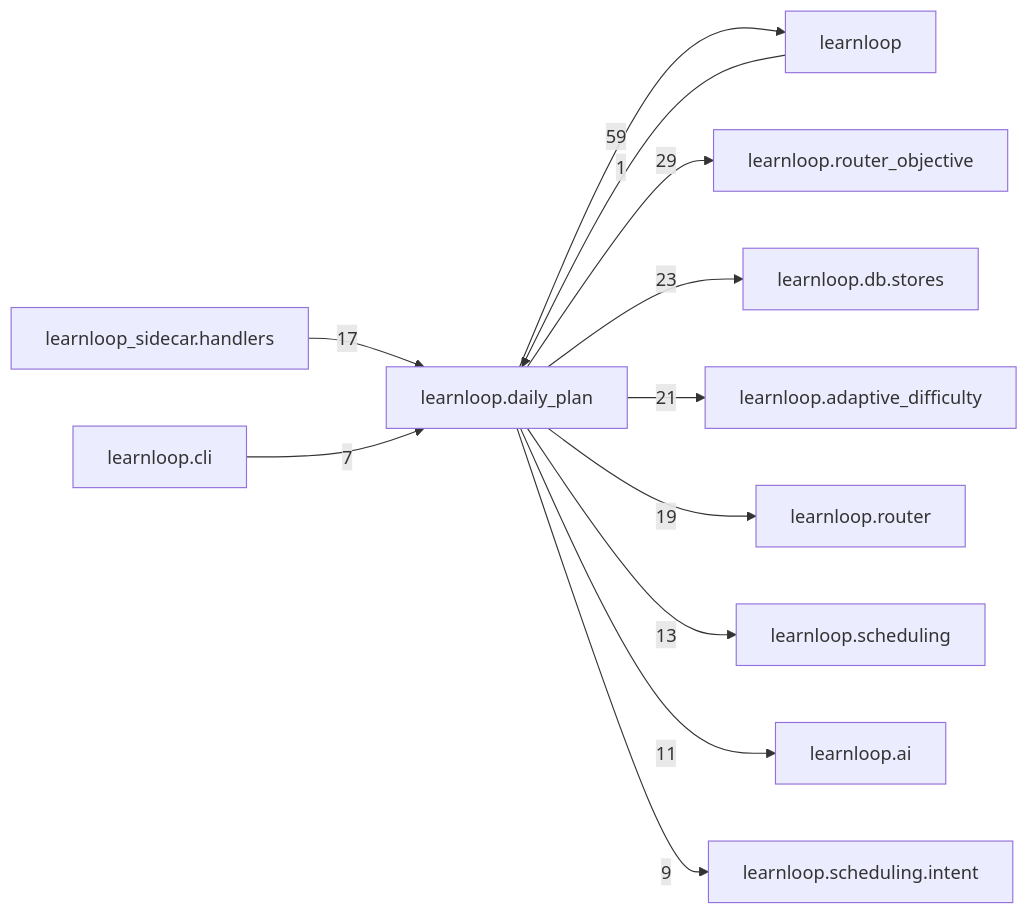
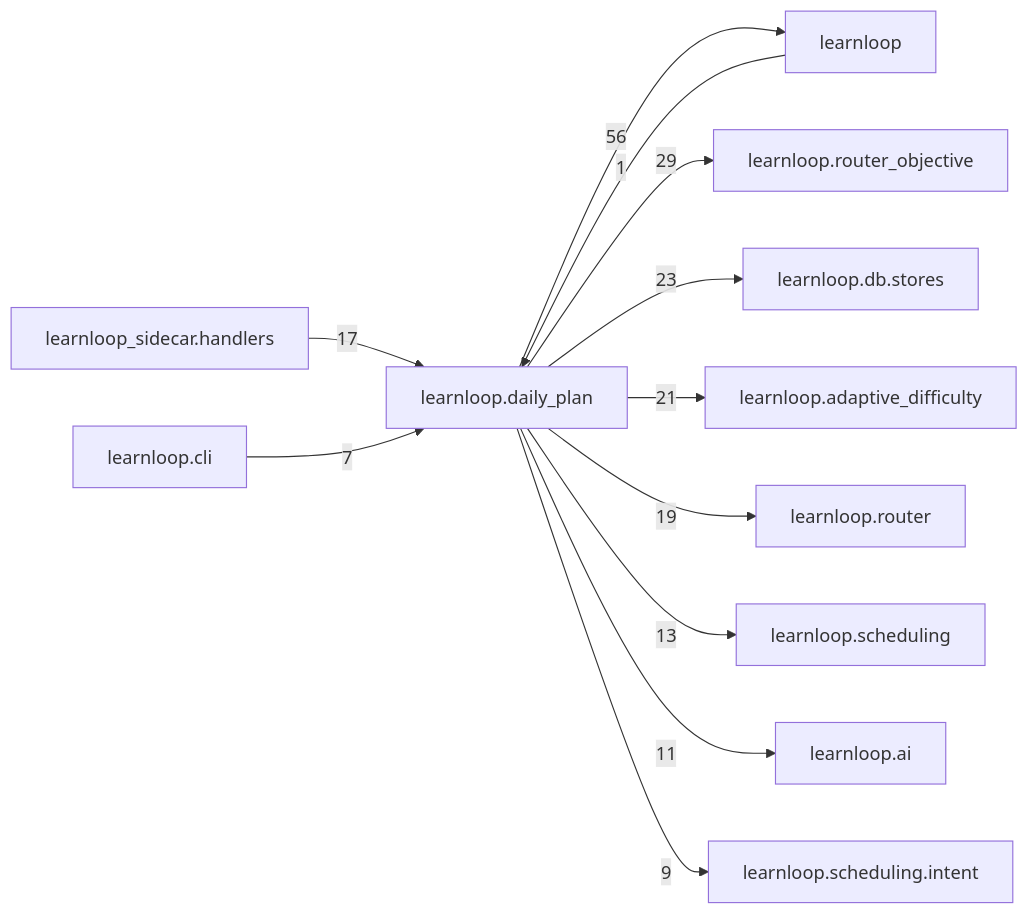
Before and after one commit to 6up-b/learnanything: the diagram in docs/learnloop-architecture-vault/Reference/Modules/learnloop/daily_plan/_package.md, drawn with Mermaid. The commit also changed other lines of this file and 69 other files, not shown here.

````diff
--- a/docs/learnloop-architecture-vault/Reference/Modules/learnloop/daily_plan/_package.md
+++ b/docs/learnloop-architecture-vault/Reference/Modules/learnloop/daily_plan/_package.md
@@ -164,25 +164,25 @@
 ```mermaid
 flowchart LR
     center["learnloop.daily_plan"]
     n_learnloop["learnloop"]
     n_learnloop_router_objective["learnloop.router_objective"]
     n_learnloop_db_stores["learnloop.db.stores"]
     n_learnloop_adaptive_difficulty["learnloop.adaptive_difficulty"]
     n_learnloop_router["learnloop.router"]
     n_learnloop_sidecar_handlers["learnloop_sidecar.handlers"]
     n_learnloop_scheduling["learnloop.scheduling"]
     n_learnloop_ai["learnloop.ai"]
     n_learnloop_scheduling_intent["learnloop.scheduling.intent"]
     n_learnloop_cli["learnloop.cli"]
     n_learnloop -->|1| center
-    center -->|59| n_learnloop
+    center -->|56| n_learnloop
     center -->|29| n_learnloop_router_objective
     center -->|23| n_learnloop_db_stores
     center -->|21| n_learnloop_adaptive_difficulty
     center -->|19| n_learnloop_router
     n_learnloop_sidecar_handlers -->|17| center
     center -->|13| n_learnloop_scheduling
     center -->|11| n_learnloop_ai
     center -->|9| n_learnloop_scheduling_intent
     n_learnloop_cli -->|7| center
 ```
````
